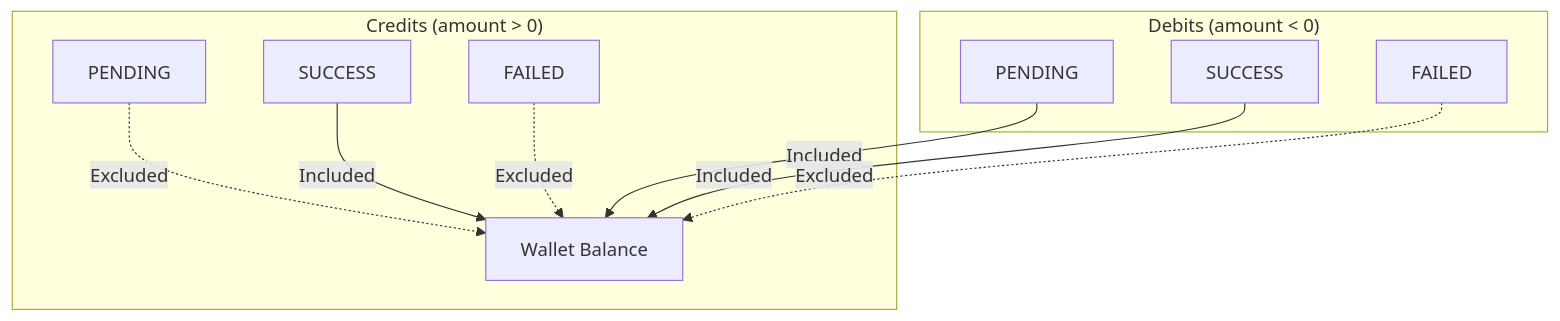
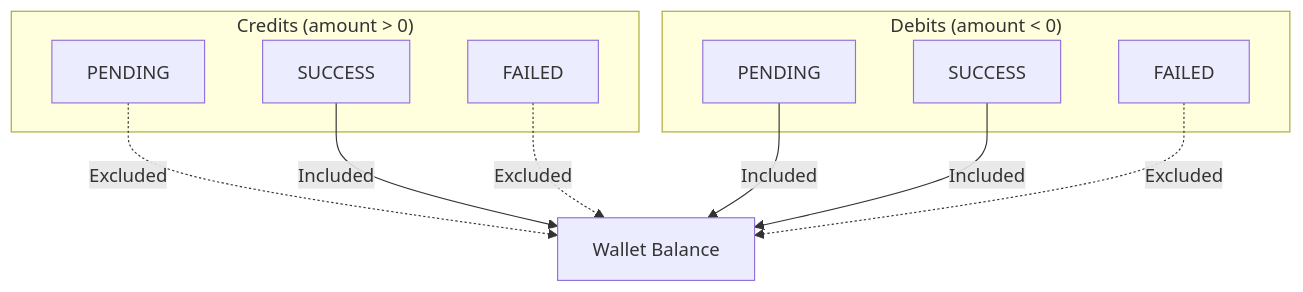
The first of 3 diagrams in docs/architecture/ledger-spec.md (lndocs/lndocs.github.io), drawn with Mermaid before and after one commit. The commit also changed other lines of this file and 22 other files, not shown here.

First line of the commit message:
Rewrite architecture, guides, development, FAQ and resources for v1.6.2 (#5)

````diff
--- a/docs/architecture/ledger-spec.md
+++ b/docs/architecture/ledger-spec.md
@@ -119,16 +148,23 @@
 ```mermaid
 flowchart TB
+    Balance["Wallet Balance"]
+
     subgraph Credits["Credits (amount > 0)"]
-        C1["PENDING"] -.->|"Excluded"| Balance
-        C2["SUCCESS"] -->|"Included"| Balance
-        C3["FAILED"] -.->|"Excluded"| Balance
+        C1["PENDING"]
+        C2["SUCCESS"]
+        C3["FAILED"]
     end
 
     subgraph Debits["Debits (amount < 0)"]
-        D1["PENDING"] -->|"Included"| Balance
-        D2["SUCCESS"] -->|"Included"| Balance
-        D3["FAILED"] -.->|"Excluded"| Balance
+        D1["PENDING"]
+        D2["SUCCESS"]
+        D3["FAILED"]
     end
 
-    Balance["Wallet Balance"]
+    C1 -.->|"Excluded"| Balance
+    C2 -->|"Included"| Balance
+    C3 -.->|"Excluded"| Balance
+    D1 -->|"Included"| Balance
+    D2 -->|"Included"| Balance
+    D3 -.->|"Excluded"| Balance
 ```
````
